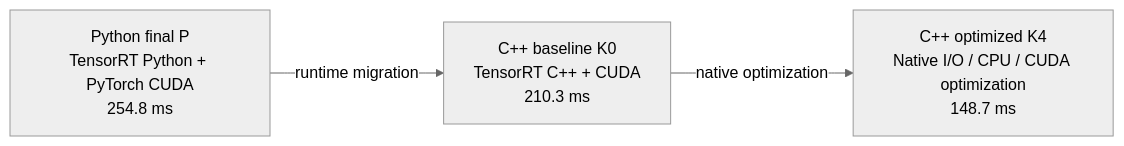
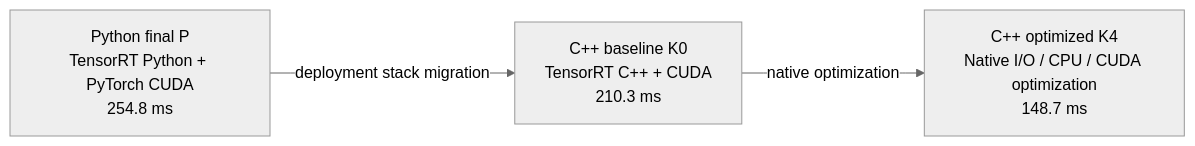
One commit to daydreamer00824/hspc-deploy changed the second of 3 diagrams in README.md. Above: the diagram before and after it, drawn with Mermaid (neutral theme). The commit also changed other lines of this file, not shown here.

````diff
--- a/README.md
+++ b/README.md
@@ -48,9 +162,9 @@
 ```mermaid
 flowchart LR
     P["Python final P<br/>TensorRT Python + PyTorch CUDA<br/>254.8 ms"]
     K0["C++ baseline K0<br/>TensorRT C++ + CUDA<br/>210.3 ms"]
     K4["C++ optimized K4<br/>Native I/O / CPU / CUDA optimization<br/>148.7 ms"]
 
-    P -->|"runtime migration"| K0
+    P -->|"deployment stack migration"| K0
     K0 -->|"native optimization"| K4
 ```
````
